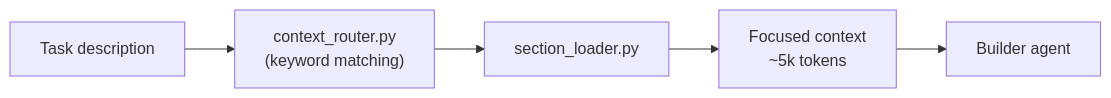
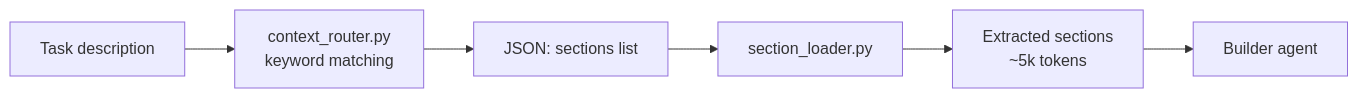
One commit to a-simeshin/claude-code-hooks-mastery changed the diagram in docs/context-routing.md. Above: the diagram before and after it, drawn with Mermaid. The commit also changed other lines of this file, not shown here.

First line of the commit message:
docs: Rewrite context-routing.md — problem-first narrative with real example

````diff
--- a/docs/context-routing.md
+++ b/docs/context-routing.md
@@ -7,7 +45,8 @@
 ```mermaid
 flowchart LR
-    A[Task description] --> B["context_router.py<br/>(keyword matching)"]
-    B --> C["section_loader.py"]
-    C --> D["Focused context<br/>~5k tokens"]
-    D --> E[Builder agent]
+    A["Task description"] --> B["context_router.py<br/>keyword matching"]
+    B --> C["JSON: sections list"]
+    C --> D["section_loader.py"]
+    D --> E["Extracted sections<br/>~5k tokens"]
+    E --> F["Builder agent"]
 ```
````
